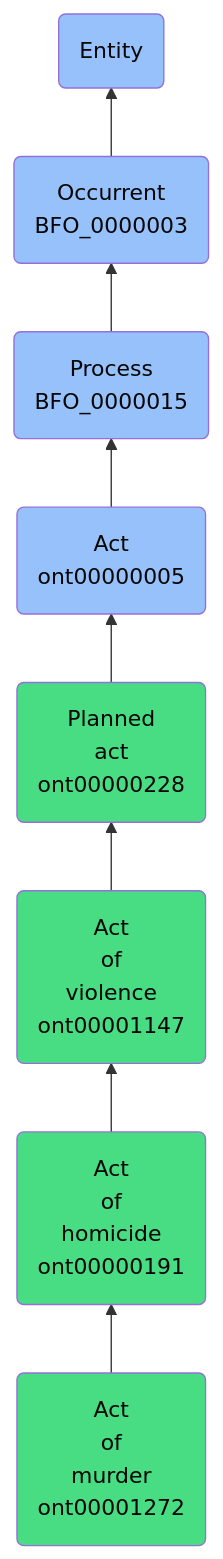
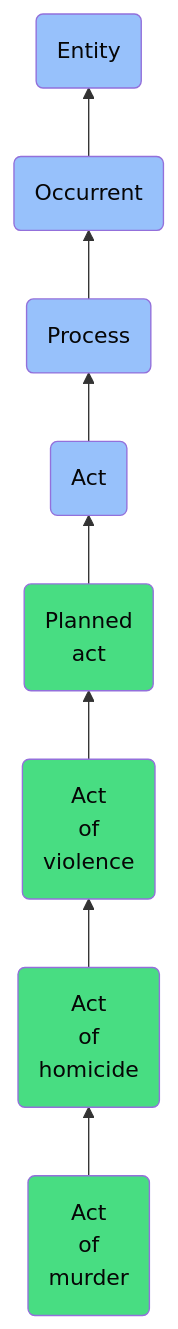
Before and after one commit to jupyter-naas/abi: the diagram in docs/ontology/reference/model/Entity/Occurrent/Process/Act/Planned act/Act of violence/Act of homicide/Act of murder/Act of murder.md, drawn with Mermaid. The commit also changed other lines of this file and 1430 other files, not shown here.

````diff
--- a/docs/ontology/reference/model/Entity/Occurrent/Process/Act/Planned act/Act of violence/Act of homicide/Act of murder/Act of murder.md
+++ b/docs/ontology/reference/model/Entity/Occurrent/Process/Act/Planned act/Act of violence/Act of homicide/Act of murder/Act of murder.md
@@ -24,15 +24,15 @@
 ```mermaid
 graph BT
-    ont00001272(Act<br>of<br>murder<br>ont00001272):::ABI-->ont00000191
-    ont00000191(Act<br>of<br>homicide<br>ont00000191):::ABI-->ont00001147
-    ont00001147(Act<br>of<br>violence<br>ont00001147):::ABI-->ont00000228
-    ont00000228(Planned<br>act<br>ont00000228):::ABI-->ont00000005
-    ont00000005(Act<br>ont00000005):::BFO-->BFO_0000015
-    BFO_0000015(Process<br>BFO_0000015):::BFO-->BFO_0000003
-    BFO_0000003(Occurrent<br>BFO_0000003):::BFO-->BFO_0000001
+    ont00001272(Act<br>of<br>murder):::ABI-->ont00000191
+    ont00000191(Act<br>of<br>homicide):::ABI-->ont00001147
+    ont00001147(Act<br>of<br>violence):::ABI-->ont00000228
+    ont00000228(Planned<br>act):::ABI-->ont00000005
+    ont00000005(Act):::BFO-->BFO_0000015
+    BFO_0000015(Process):::BFO-->BFO_0000003
+    BFO_0000003(Occurrent):::BFO-->BFO_0000001
     BFO_0000001(Entity):::BFO
     
     classDef BFO fill:#97c1fb,color:#060606
     classDef CCO fill:#e4c51e,color:#060606
     classDef ABI fill:#48DD82,color:#060606
 ```
````
